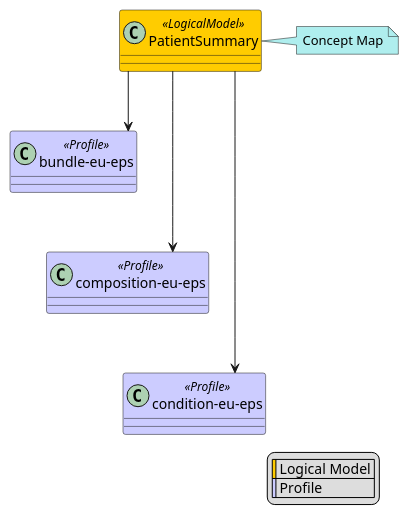
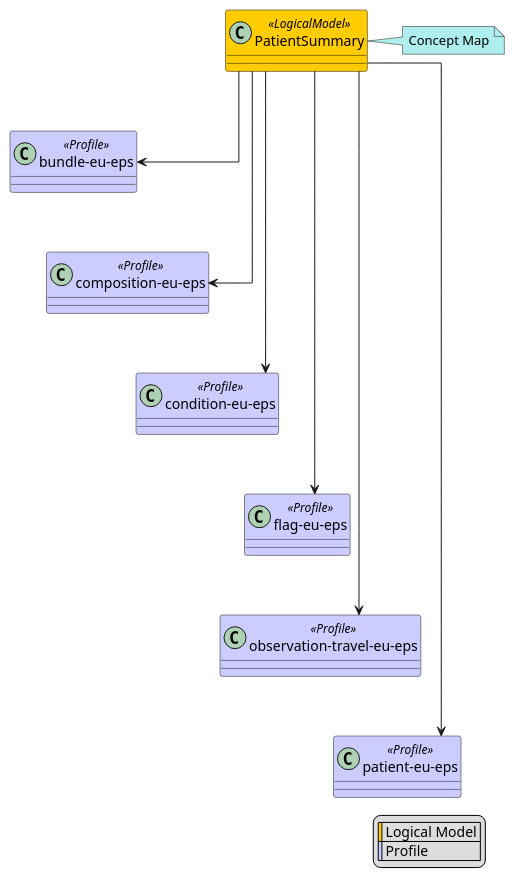
The diagram in input/images-source/PatientSummary-map.plantuml (hl7-eu/eps), drawn with PlantUML before and after one commit. The commit also changed 13 other files, not shown here.

```diff
--- a/input/images-source/PatientSummary-map.plantuml
+++ b/input/images-source/PatientSummary-map.plantuml
@@ -1,23 +1,32 @@
 @startuml
 skinparam class {
     BackgroundColor<<LogicalModel>> #FFCC00
     BackgroundColor<<Profile>> #CCCCFF
 }
 skinparam linetype ortho
 legend right
   | <#FFCC00> | Logical Model |
   | <#CCCCFF> | Profile |
 endlegend
 class "PatientSummary" <<LogicalModel>> [[StructureDefinition-PatientSummary.html]]
 note right #PaleTurquoise [[ConceptMap-patientSummary2FHIR.html]]
 Concept Map
 endnote
 class "bundle-eu-eps" <<Profile>> [[StructureDefinition-bundle-eu-eps.html]]
 "PatientSummary" --> "bundle-eu-eps"
 class "composition-eu-eps" <<Profile>> [[StructureDefinition-composition-eu-eps.html]]
 "PatientSummary" --> "composition-eu-eps"
 "bundle-eu-eps" -[hidden]-> "composition-eu-eps"
 class "condition-eu-eps" <<Profile>> [[StructureDefinition-condition-eu-eps.html]]
 "PatientSummary" --> "condition-eu-eps"
 "composition-eu-eps" -[hidden]-> "condition-eu-eps"
+class "flag-eu-eps" <<Profile>> [[StructureDefinition-flag-eu-eps.html]]
+"PatientSummary" --> "flag-eu-eps"
+"condition-eu-eps" -[hidden]-> "flag-eu-eps"
+class "observation-travel-eu-eps" <<Profile>> [[StructureDefinition-observation-travel-eu-eps.html]]
+"PatientSummary" --> "observation-travel-eu-eps"
+"flag-eu-eps" -[hidden]-> "observation-travel-eu-eps"
+class "patient-eu-eps" <<Profile>> [[StructureDefinition-patient-eu-eps.html]]
+"PatientSummary" --> "patient-eu-eps"
+"observation-travel-eu-eps" -[hidden]-> "patient-eu-eps"
 @enduml
```
